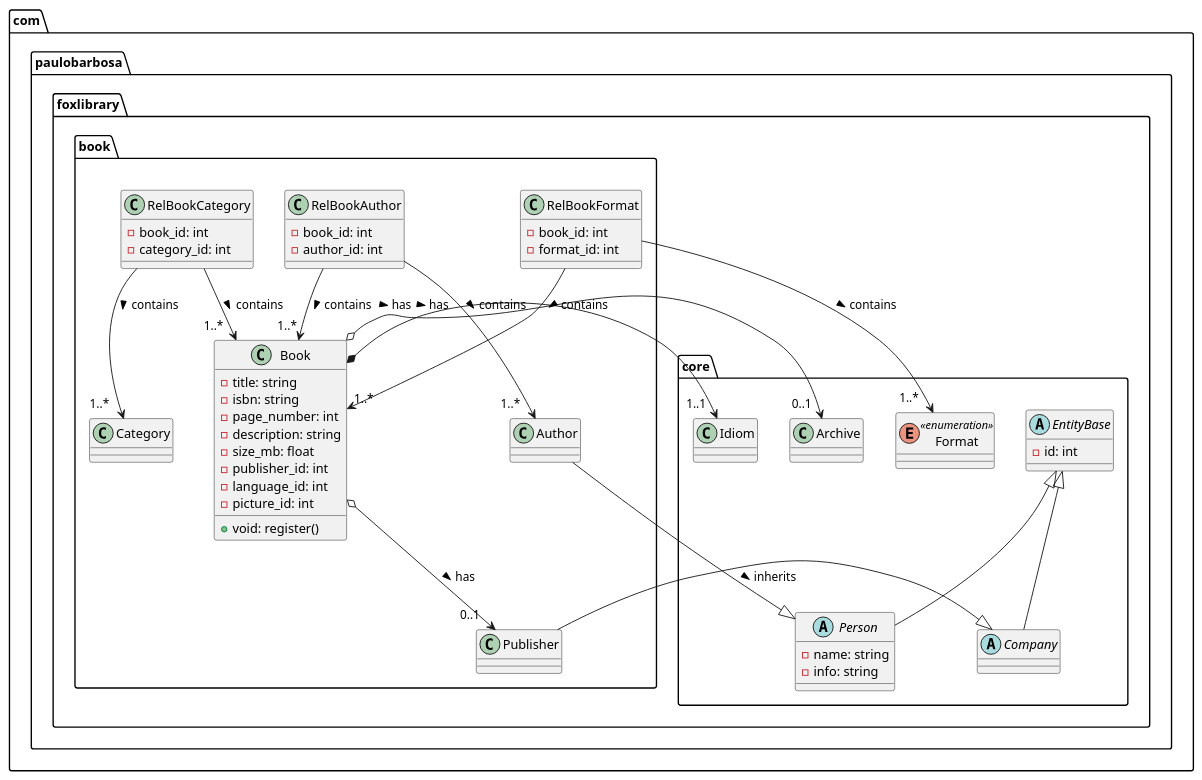
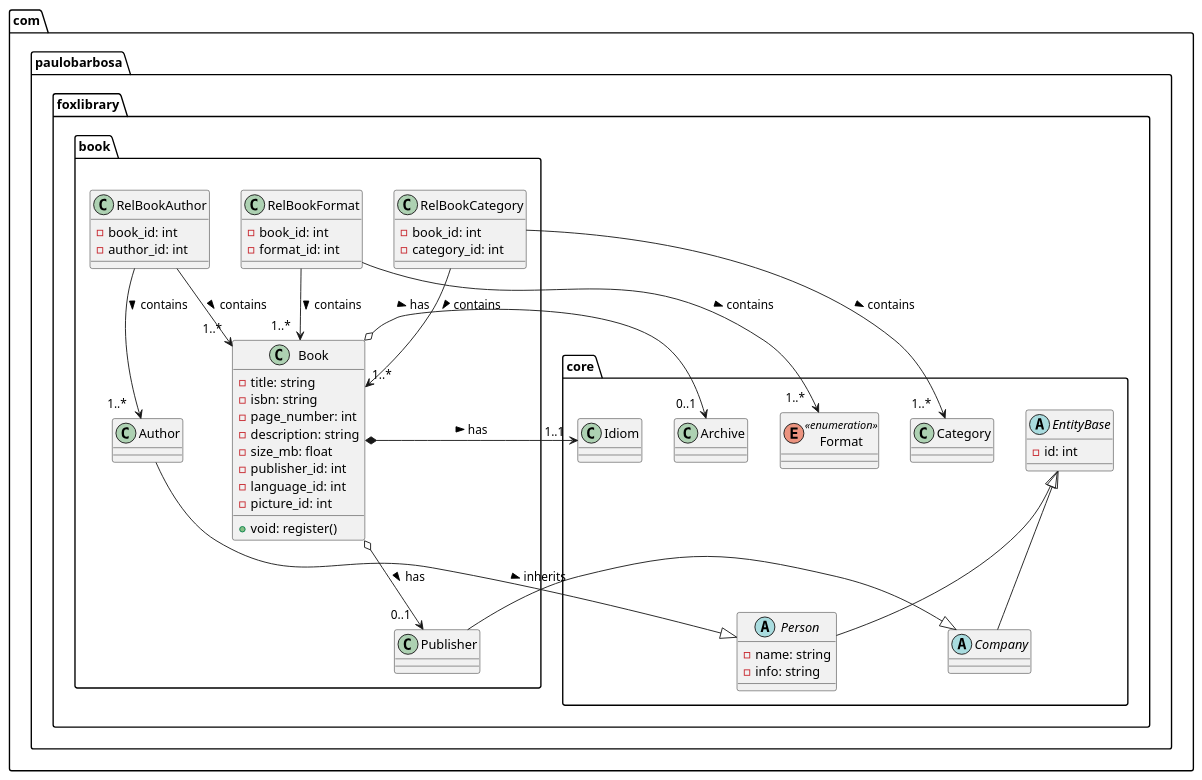
The diagram in documentation/uml.puml (phjb/foxlibrary), drawn with PlantUML before and after one commit. The commit also changed 9 other files, not shown here.

```diff
--- a/documentation/uml.puml
+++ b/documentation/uml.puml
@@ -1,97 +1,99 @@
 @startuml
 
 package com.paulobarbosa.foxlibrary.core {
 abstract class EntityBase{
 - id: int
 }
 
 abstract class Person{
 - name: string
 - info: string
 }
 
 abstract class Company{
 }
 
 class Idiom{
 }
 
  class Archive{
 }
 
 enum Format <<enumeration>>{
 }
 
+class Category{
+}
+
+
 }
 
 package com.paulobarbosa.foxlibrary.book {
 
 
 
 
  class Publisher{
 }
 
- class Category{
-}
 
 
 
  class Book {
  - title: string
  - isbn: string
  - page_number: int
  - description: string
  - size_mb: float
  - publisher_id: int
  - language_id: int
  - picture_id: int
  + void: register()
 }
 
 class RelBookFormat{
 - book_id: int
 - format_id: int
 }
 
 class RelBookAuthor{
 - book_id: int
 - author_id: int
 }
 
 class RelBookCategory{
 - book_id: int
 - category_id: int
 }
 
 
 EntityBase <|-- Person
 EntityBase <|-- Company
 Company <|-- Publisher
 'EntityBase <|-- Archive
 'EntityBase <|-- Category
 'EntityBase <|-- Idiom
 
 Person <|-- Author : "< inherits "
 
 
 Book  *--> " 1..1  " Idiom : " has >"
 Book  o--> " 0..1  " Publisher : " has >"
 Book  o--> " 0..1  " Archive : " has >"
 
 RelBookFormat -down-> "1..*   " Book : " contains >"
 RelBookFormat -down-> "1..*   " Format : " contains >"
 
 RelBookAuthor -down-> "1..* " Book : " contains >"
 RelBookAuthor -down-> "1..*   " Author : " contains >"
 
 RelBookCategory -down-> "1..*   " Book : " contains >"
 RelBookCategory -down-> "1..*   " Category : " contains >"
 
 
 
 }
 
 
 
 @enduml
```
